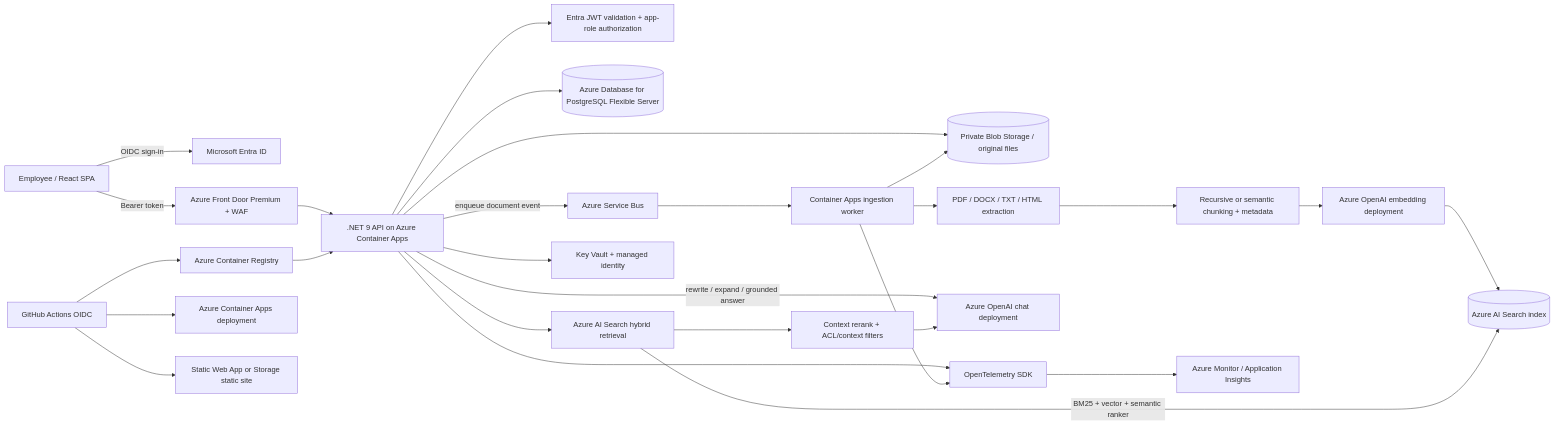
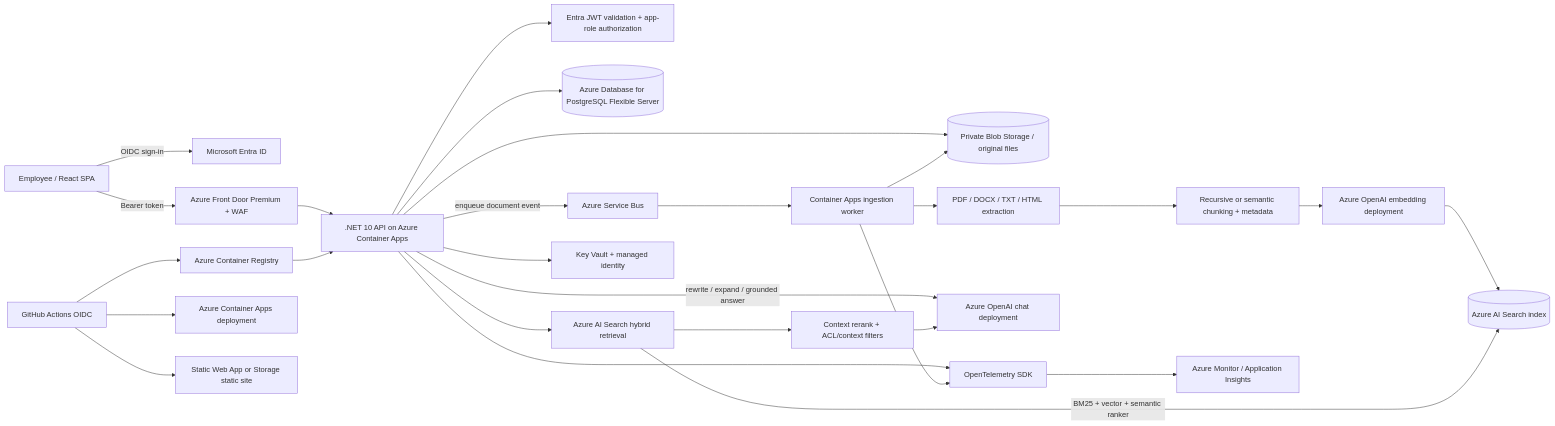
Before and after one commit to shashank2310/Enterprise-RAG-Platform: the second of 3 diagrams in docs/architecture.md, drawn with Mermaid. The commit also changed other lines of this file and 7 other files, not shown here.

````diff
--- a/docs/architecture.md
+++ b/docs/architecture.md
@@ -11,29 +42,29 @@
 ```mermaid
 flowchart LR
 	U[Employee / React SPA] -->|OIDC sign-in| ENTRA[Microsoft Entra ID]
 	U -->|Bearer token| FD[Azure Front Door Premium + WAF]
-	FD --> API[.NET 9 API on Azure Container Apps]
+	FD --> API[.NET 10 API on Azure Container Apps]
 	API --> AUTH[Entra JWT validation + app-role authorization]
 	API --> PG[(Azure Database for PostgreSQL Flexible Server)]
 	API --> BLOB[(Private Blob Storage / original files)]
 	API -->|enqueue document event| BUS[Azure Service Bus]
 	BUS --> WORKER[Container Apps ingestion worker]
 	WORKER --> BLOB
 	WORKER --> PARSE[PDF / DOCX / TXT / HTML extraction]
 	PARSE --> CHUNK[Recursive or semantic chunking + metadata]
 	CHUNK --> EMB[Azure OpenAI embedding deployment]
 	EMB --> SEARCH[(Azure AI Search index)]
 	API -->|rewrite / expand / grounded answer| AOAI[Azure OpenAI chat deployment]
 	API --> RET[Azure AI Search hybrid retrieval]
 	RET -->|BM25 + vector + semantic ranker| SEARCH
 	RET --> RERANK[Context rerank + ACL/context filters]
 	RERANK --> AOAI
 	API --> KV[Key Vault + managed identity]
 	API --> OTEL[OpenTelemetry SDK]
 	WORKER --> OTEL
 	OTEL --> MON[Azure Monitor / Application Insights]
 	GH[GitHub Actions OIDC] --> ACR[Azure Container Registry]
 	ACR --> API
 	GH --> ACA[Azure Container Apps deployment]
 	GH --> WEB[Static Web App or Storage static site]
 ```
````
